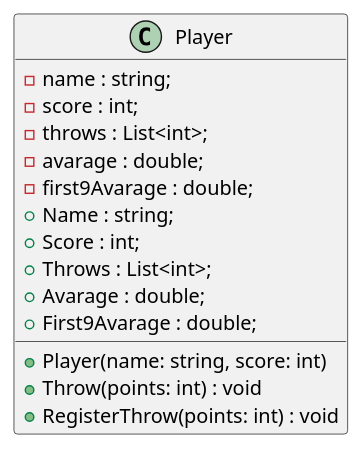
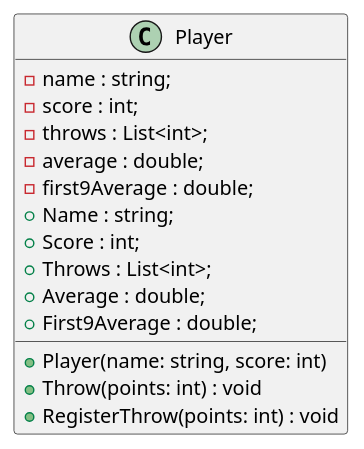
Before and after one commit to DartsAssistant/DartsAssistant: the diagram in docs/Player.wsd, drawn with PlantUML.

```diff
--- a/docs/Player.wsd
+++ b/docs/Player.wsd
@@ -1,19 +1,19 @@
 @startuml Player
 
 class Player {
     - name : string;
     - score : int;
     - throws : List<int>;
-    - avarage : double;
-    - first9Avarage : double;
+    - average : double;
+    - first9Average : double;
     + Name : string;
     + Score : int;
     + Throws : List<int>;
-    + Avarage : double;
-    + First9Avarage : double;
+    + Average : double;
+    + First9Average : double;
     + Player(name: string, score: int)
     + Throw(points: int) : void
     + RegisterThrow(points: int) : void
 }
 
 @enduml
```
